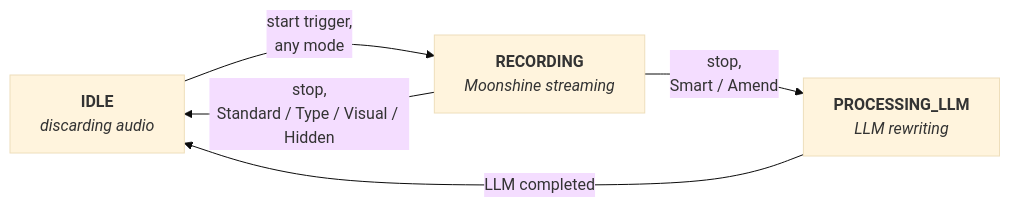
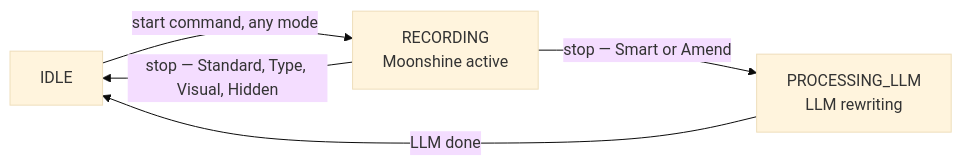
The second of 5 diagrams in docs/developer/features/dictation_flow.rst (rick12000/vocalance), drawn with Mermaid (base theme) before and after one commit. The commit also changed other lines of this file and 30 other files, not shown here.

```diff
--- a/docs/developer/features/dictation_flow.rst
+++ b/docs/developer/features/dictation_flow.rst
@@ -73,7 +140,7 @@
 .. mermaid::
 
    flowchart LR
-       Idle[<b>IDLE</b><br/><i>discarding audio</i>] -->|start trigger,<br/>any mode| Rec[<b>RECORDING</b><br/><i>Moonshine streaming</i>]
-       Rec -->|stop,<br/>Standard / Type / Visual / Hidden| Idle
-       Rec -->|stop,<br/>Smart / Amend| Proc[<b>PROCESSING_LLM</b><br/><i>LLM rewriting</i>]
-       Proc -->|LLM completed| Idle
+       Idle[IDLE] -->|start command, any mode| Rec[RECORDING<br/>Moonshine active]
+       Rec -->|stop — Standard, Type, Visual, Hidden| Idle
+       Rec -->|stop — Smart or Amend| Proc[PROCESSING_LLM<br/>LLM rewriting]
+       Proc -->|LLM done| Idle
```
